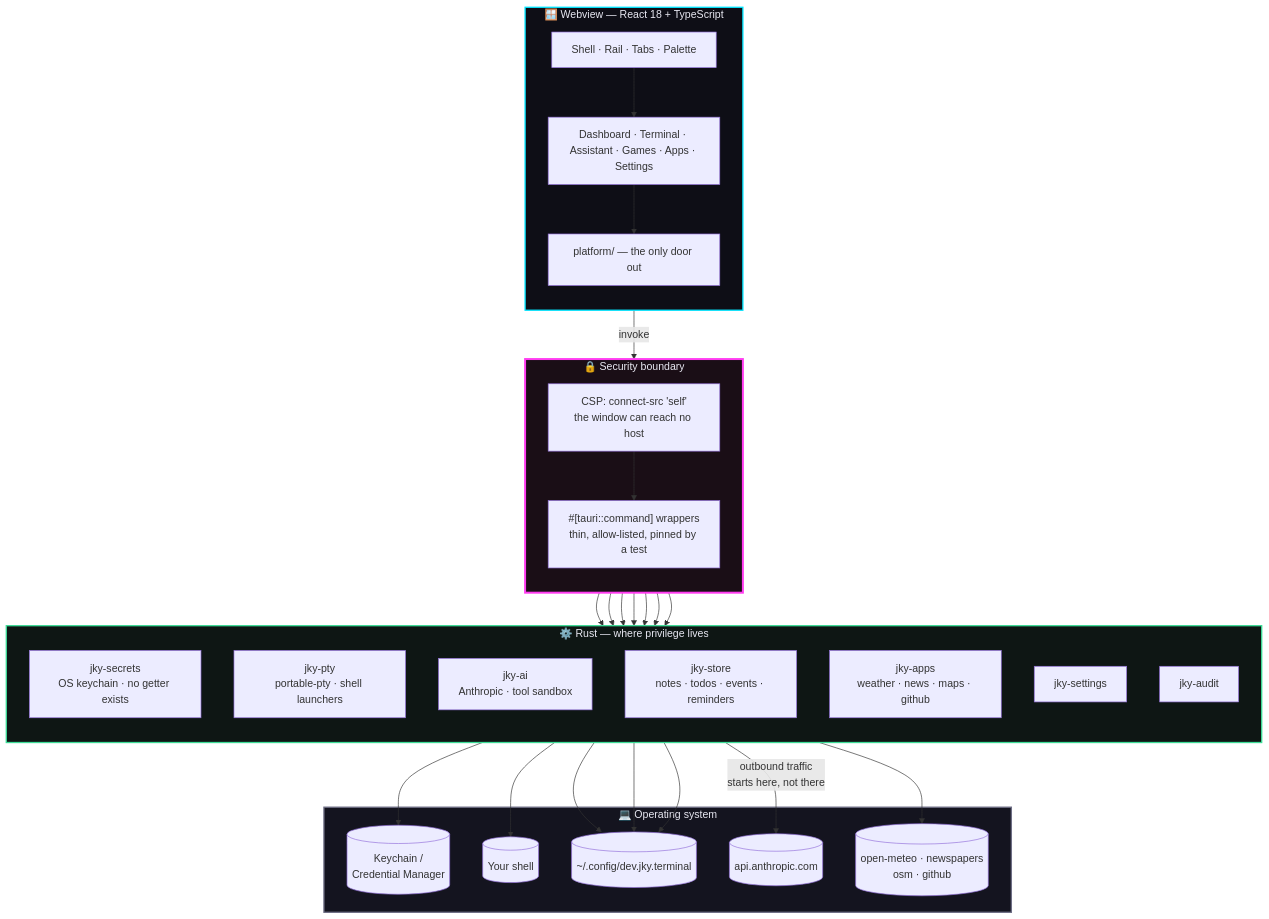
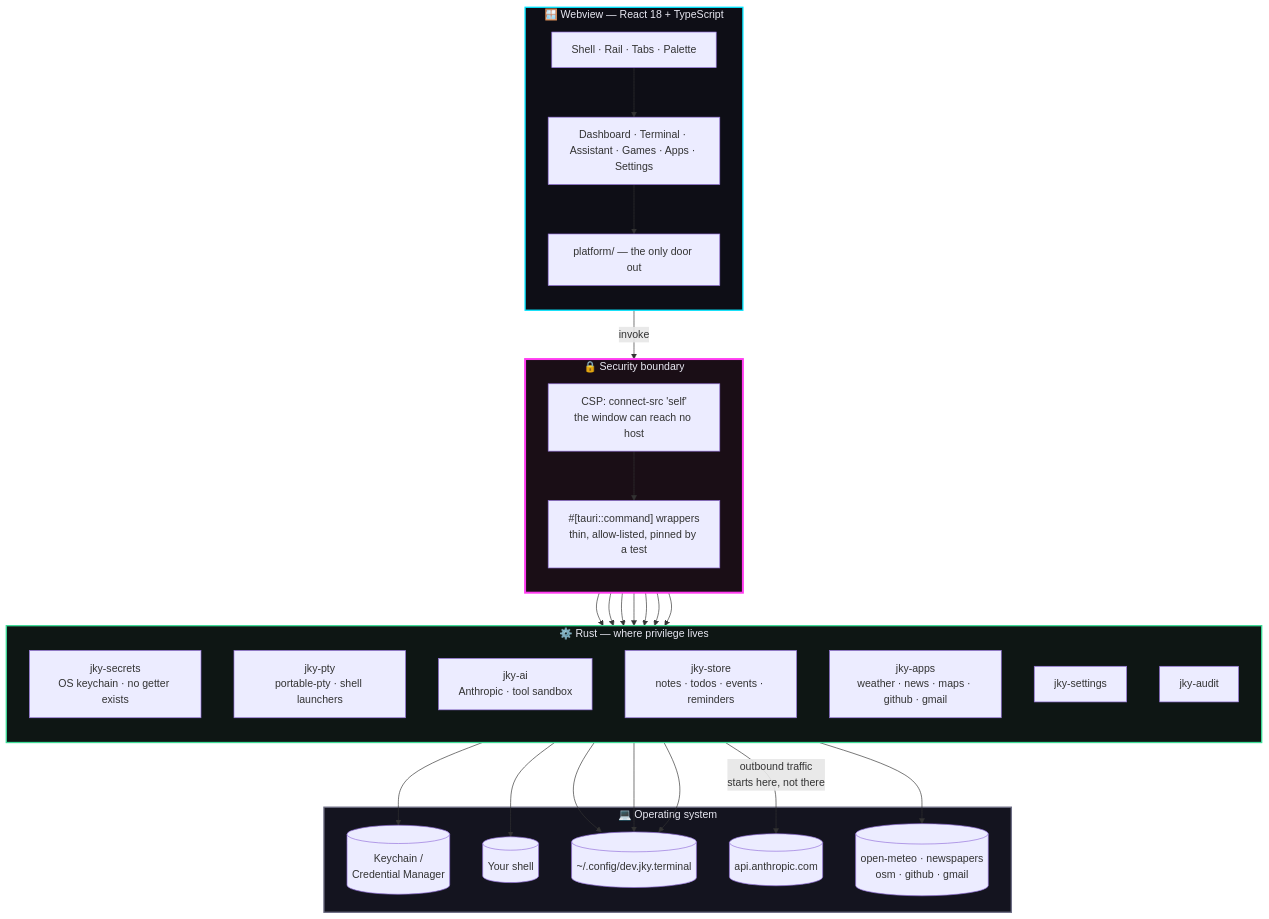
One commit to kartikeyajay2006/jky-terminal changed the first of 3 diagrams in README.md. Above: the diagram before and after it, drawn with Mermaid. The commit also changed other lines of this file, not shown here.

````diff
--- a/README.md
+++ b/README.md
@@ -55,52 +55,52 @@
 ```mermaid
 flowchart TB
     subgraph WINDOW["🪟  Webview — React 18 + TypeScript"]
         direction TB
         UI["Shell · Rail · Tabs · Palette"]
         FEAT["Dashboard · Terminal · Assistant · Games · Apps · Settings"]
         ADAPTER["platform/ — the only door out"]
         UI --> FEAT --> ADAPTER
     end
 
     subgraph BOUNDARY["🔒  Security boundary"]
         direction TB
         CSP["CSP: connect-src 'self'<br/>the window can reach no host"]
         CMDS["#[tauri::command] wrappers<br/>thin, allow-listed, pinned by a test"]
     end
 
     subgraph RUST["⚙️  Rust — where privilege lives"]
         direction TB
         SECRETS["jky-secrets<br/>OS keychain · no getter exists"]
         PTY["jky-pty<br/>portable-pty · shell launchers"]
         AI["jky-ai<br/>Anthropic · tool sandbox"]
         STORE["jky-store<br/>notes · todos · events · reminders"]
-        APPS["jky-apps<br/>weather · news · maps · github"]
+        APPS["jky-apps<br/>weather · news · maps · github · gmail"]
         SETTINGS["jky-settings"]
         AUDIT["jky-audit"]
     end
 
     subgraph OS["💻  Operating system"]
         KEYCHAIN[("Keychain /<br/>Credential Manager")]
         SHELL[("Your shell")]
         DISK[("~/.config/dev.jky.terminal")]
         NET[("api.anthropic.com")]
-        PUB[("open-meteo · newspapers<br/>osm · github")]
+        PUB[("open-meteo · newspapers<br/>osm · github · gmail")]
     end
 
     ADAPTER -->|invoke| CSP
     CSP --> CMDS
     CMDS --> SECRETS & PTY & AI & STORE & SETTINGS & AUDIT & APPS
 
     SECRETS --> KEYCHAIN
     PTY --> SHELL
     AI -->|"outbound traffic<br/>starts here, not there"| NET
     APPS --> PUB
     STORE --> DISK
     SETTINGS --> DISK
     AUDIT --> DISK
 
     style WINDOW fill:#0e0e16,stroke:#00e5ff,stroke-width:2px,color:#e8e8f2
     style BOUNDARY fill:#1a0e16,stroke:#ff3cf0,stroke-width:3px,color:#e8e8f2
     style RUST fill:#0e1614,stroke:#3ddc97,stroke-width:2px,color:#e8e8f2
     style OS fill:#14141f,stroke:#6e6e85,stroke-width:2px,color:#e8e8f2
 ```
````
